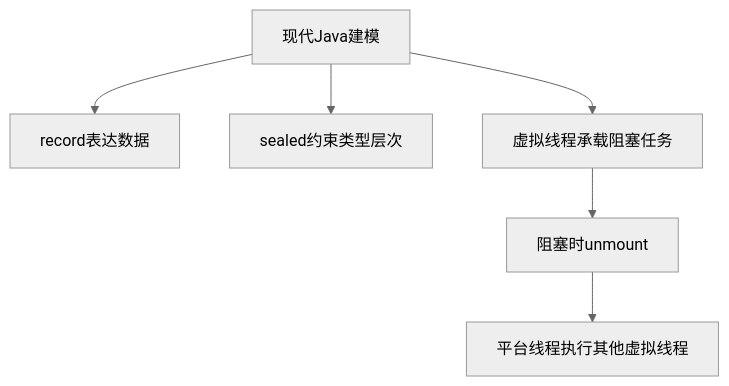
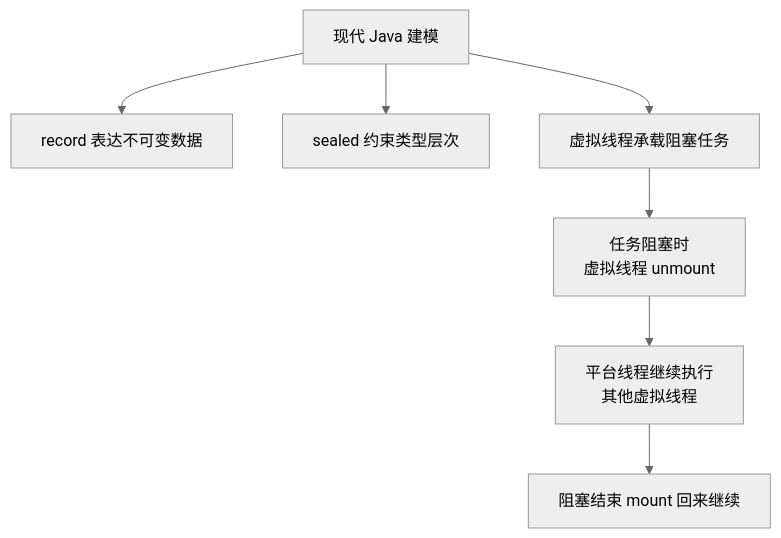
Before and after one commit to GuoWWWX/knowledge-base: the diagram in 20-Java后端/01-Java核心/08-Java新特性-Record-密封类-虚拟线程.md, drawn with Mermaid (neutral theme). The commit also changed other lines of this file and 19 other files, not shown here.

````diff
--- a/20-Java后端/01-Java核心/08-Java新特性-Record-密封类-虚拟线程.md
+++ b/20-Java后端/01-Java核心/08-Java新特性-Record-密封类-虚拟线程.md
@@ -42,8 +48,9 @@
 ```mermaid
 flowchart TD
-    A[现代Java建模] --> B[record表达数据]
-    A --> C[sealed约束类型层次]
+    A[现代 Java 建模] --> B[record 表达不可变数据]
+    A --> C[sealed 约束类型层次]
     A --> D[虚拟线程承载阻塞任务]
-    D --> E[阻塞时unmount]
-    E --> F[平台线程执行其他虚拟线程]
+    D --> E[任务阻塞时<br/>虚拟线程 unmount]
+    E --> F[平台线程继续执行<br/>其他虚拟线程]
+    F --> G[阻塞结束 mount 回来继续]
 ```
````
